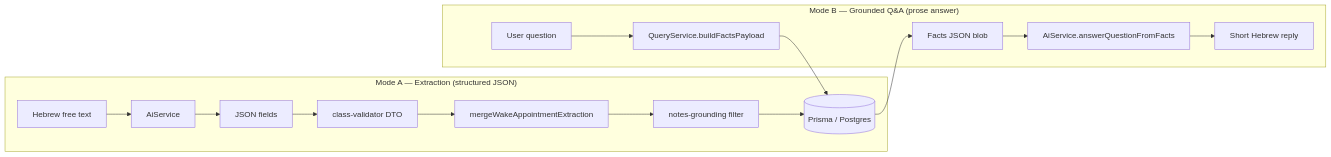
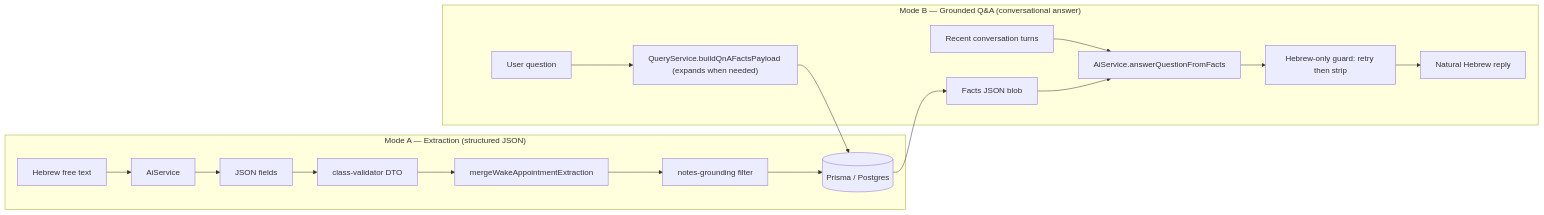
One commit to stavbarak/medflow-ai changed the first of 4 diagrams in summaries/stage-3-ai-extraction-and-queries.md. Above: the diagram before and after it, drawn with Mermaid. The commit also changed other lines of this file and 3 other files, not shown here.

````diff
--- a/summaries/stage-3-ai-extraction-and-queries.md
+++ b/summaries/stage-3-ai-extraction-and-queries.md
@@ -38,19 +40,21 @@
 ```mermaid
 flowchart LR
   subgraph extract ["Mode A — Extraction (structured JSON)"]
     T1[Hebrew free text] --> AI1[AiService]
     AI1 --> JSON[JSON fields]
     JSON --> VAL[class-validator DTO]
     VAL --> MERGE[mergeWakeAppointmentExtraction]
     MERGE --> GROUND[notes-grounding filter]
     GROUND --> DB[(Prisma / Postgres)]
   end
 
-  subgraph qa ["Mode B — Grounded Q&A (prose answer)"]
-    Q[User question] --> FACTS[QueryService.buildFactsPayload]
+  subgraph qa ["Mode B — Grounded Q&A (conversational answer)"]
+    Q[User question] --> FACTS["QueryService.buildQnAFactsPayload (expands when needed)"]
     FACTS --> DB
     DB --> JSON2[Facts JSON blob]
+    HIST[Recent conversation turns] --> AI2
     JSON2 --> AI2[AiService.answerQuestionFromFacts]
-    AI2 --> HE[Short Hebrew reply]
+    AI2 --> GUARD[Hebrew-only guard: retry then strip]
+    GUARD --> HE[Natural Hebrew reply]
   end
 ```
````
